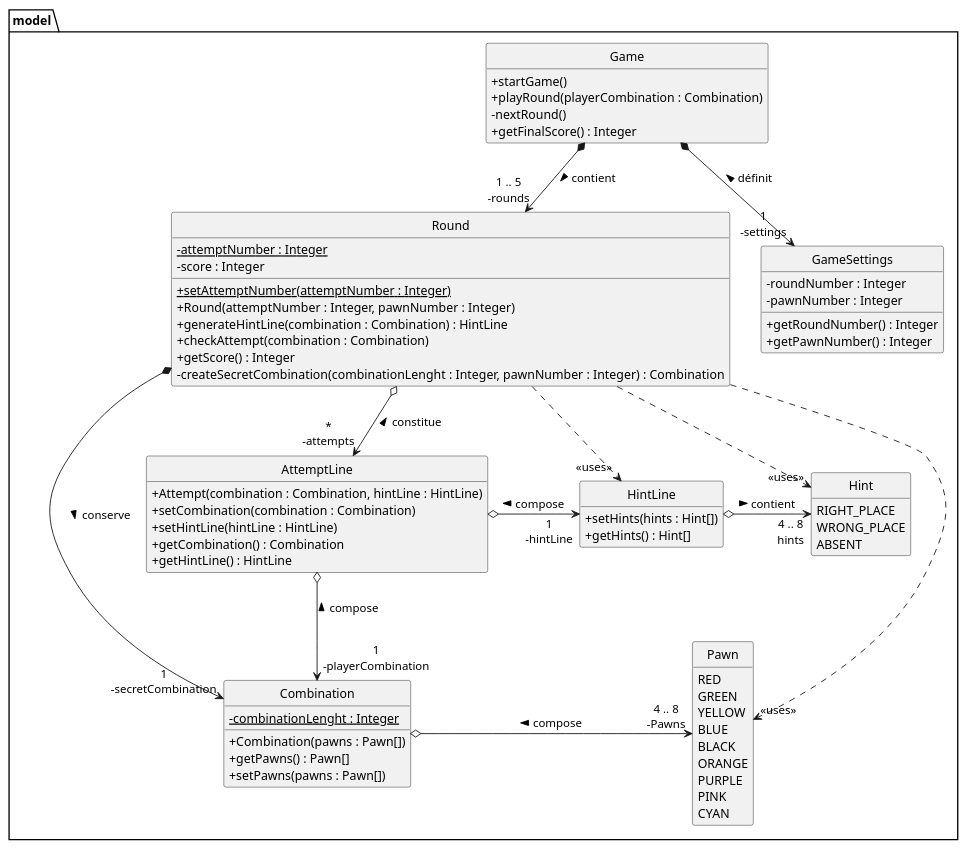
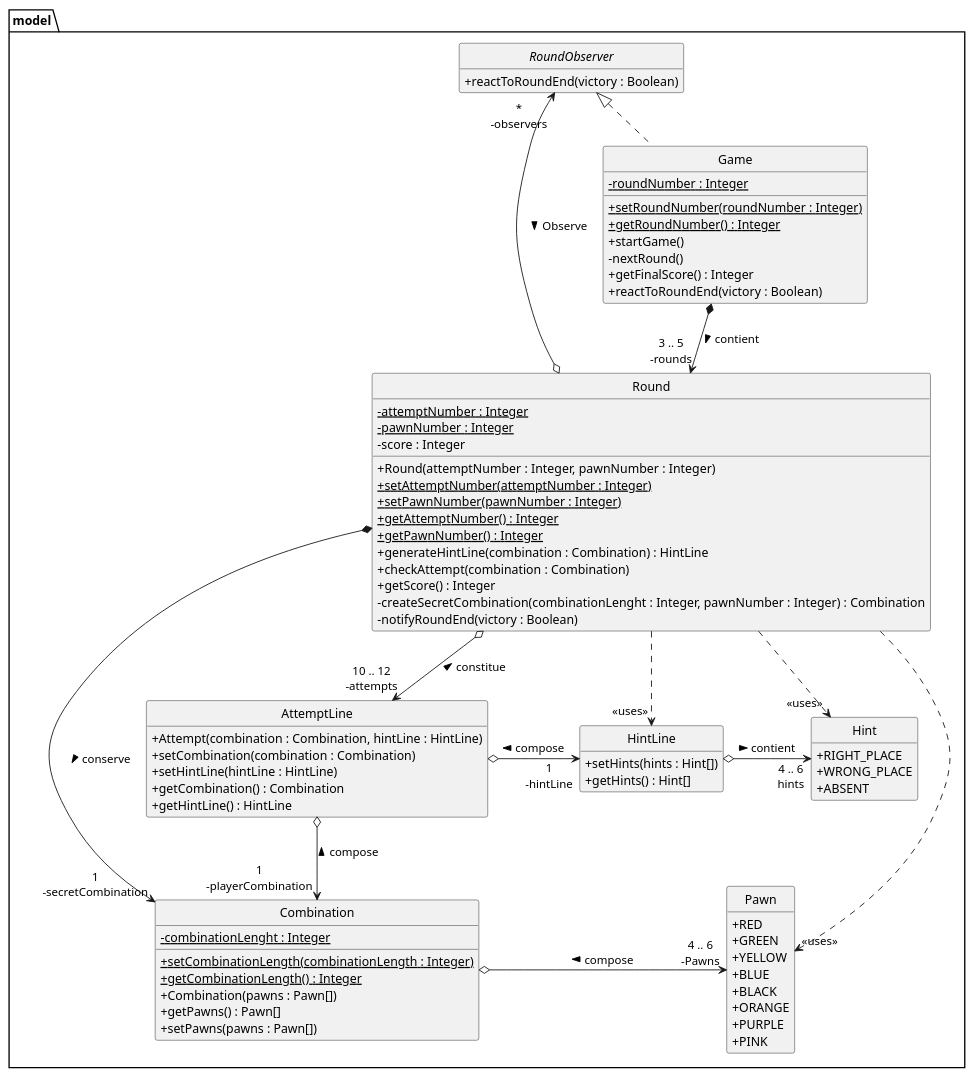
The diagram in mastermind.puml (SamuelMarsault/Mastermind), drawn with PlantUML before and after one commit. The commit also changed 1 other file, not shown here.

Commit message:
Ajout d'un début de rapport + modification de l'uml

```diff
--- a/mastermind.puml
+++ b/mastermind.puml
@@ -1,83 +1,89 @@
 @startuml
 skinparam style strictuml
 skinparam classAttributeIconSize 0
 hide enum methods
 hide empty members
 
 enum model.Pawn {
-    RED
-    GREEN
-    YELLOW
-    BLUE
-    BLACK
-    ORANGE
-    PURPLE
-    PINK
-    CYAN
+    + RED
+    + GREEN
+    + YELLOW
+    + BLUE
+    + BLACK
+    + ORANGE
+    + PURPLE
+    + PINK
 }
 
 class model.Round {
     - {static} attemptNumber : Integer
+    - {static} pawnNumber : Integer
     - score : Integer
+    + Round(attemptNumber : Integer, pawnNumber : Integer)
     + {static} setAttemptNumber(attemptNumber : Integer)
-    + Round(attemptNumber : Integer, pawnNumber : Integer)
+    + {static} setPawnNumber(pawnNumber : Integer)
+    + {static} getAttemptNumber() : Integer
+    + {static} getPawnNumber() : Integer
     + generateHintLine(combination : Combination) : HintLine
     + checkAttempt(combination : Combination)
     + getScore() : Integer
     - createSecretCombination(combinationLenght : Integer, pawnNumber : Integer) : Combination
+    - notifyRoundEnd(victory : Boolean)
 }
 
 class model.Combination {
     - {static} combinationLenght : Integer
+    + {static} setCombinationLength(combinationLength : Integer)
+    + {static} getCombinationLength() : Integer
     + Combination(pawns : Pawn[])
     + getPawns() : Pawn[]
     + setPawns(pawns : Pawn[])
 }
 
 class model.HintLine {
     + setHints(hints : Hint[])
     + getHints() : Hint[]
 }
 
 class model.AttemptLine {
     + Attempt(combination : Combination, hintLine : HintLine)
     + setCombination(combination : Combination)
     + setHintLine(hintLine : HintLine)
     + getCombination() : Combination
     + getHintLine() : HintLine
 
 }
 
-class model.Game {
+interface model.RoundObserver {
+    + reactToRoundEnd(victory : Boolean)
+}
+
+class model.Game implements model.RoundObserver {
+    - {static} roundNumber : Integer
+    + {static} setRoundNumber(roundNumber : Integer)
+    + {static} getRoundNumber() : Integer
     + startGame()
-    + playRound(playerCombination : Combination)
     - nextRound()
     + getFinalScore() : Integer
+    + reactToRoundEnd(victory : Boolean)
 }
 
 enum model.Hint {
-    RIGHT_PLACE
-    WRONG_PLACE
-    ABSENT
+    + RIGHT_PLACE
+    + WRONG_PLACE
+    + ABSENT
 }
 
-class model.GameSettings {
-    - roundNumber : Integer
-    - pawnNumber : Integer
-    + getRoundNumber() : Integer
-    + getPawnNumber() : Integer
-}
-
+model.Round o-l-> "*\n-observers" model.RoundObserver : Observe <
 model.Round *-> "1\n-secretCombination" model.Combination : conserve >
-model.Round o--> "*\n-attempts" model.AttemptLine : constitue <
+model.Round o--> "10 .. 12\n-attempts" model.AttemptLine : constitue <
 model.AttemptLine o-> "1\n-hintLine" model.HintLine : < compose
 model.Round ..> "<<uses>>" model.HintLine
 model.Round ..> "<<uses>>" model.Hint
 model.Round ..> "<<uses>>" model.Pawn
-model.HintLine o-> "4 .. 8\nhints" model.Hint : contient >
+model.HintLine o-> "4 .. 6\nhints" model.Hint : contient >
 model.AttemptLine o--> "1\n-playerCombination" model.Combination : compose <
-model.Game *--> "1 .. 5\n-rounds" model.Round : contient >
-model.Game *--> "1\n-settings" model.GameSettings : définit <
-model.Combination o-> "4 .. 8\n-Pawns" model.Pawn : compose <
+model.Game *--> "3 .. 5\n-rounds" model.Round : contient >
+model.Combination o-> "4 .. 6\n-Pawns" model.Pawn : compose <
 
 @enduml
```
